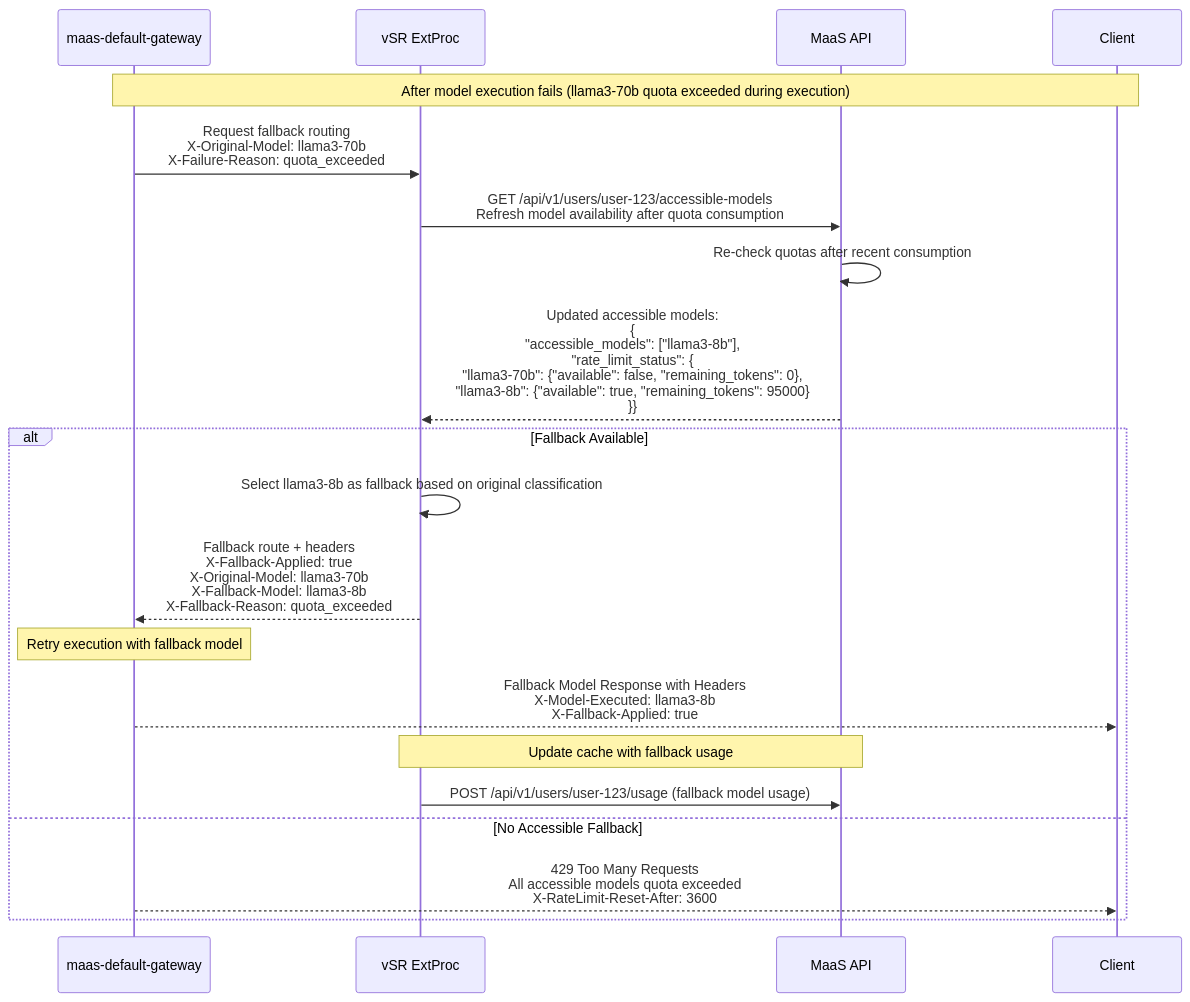
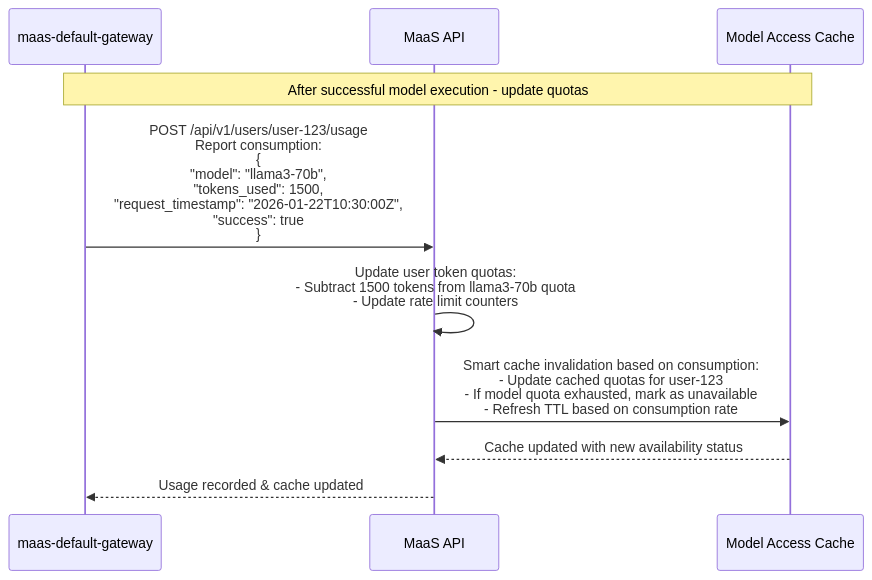
The ninth of 10 diagrams in docs/designs/vSR-Integration/README.md (noyitz/maas-billing), drawn with Mermaid before and after one commit. The commit also changed other lines of this file, not shown here.

````diff
--- a/docs/designs/vSR-Integration/README.md
+++ b/docs/designs/vSR-Integration/README.md
@@ -359,27 +386,16 @@
 ```mermaid
 sequenceDiagram
     participant Gateway as maas-default-gateway
-    participant vSR as vSR ExtProc
     participant MaaSAPI as MaaS API
-    participant Client
+    participant Cache as Model Access Cache
     
-    Note over Gateway,Client: After model execution fails (llama3-70b quota exceeded during execution)
-    Gateway->>vSR: Request fallback routing<br/>X-Original-Model: llama3-70b<br/>X-Failure-Reason: quota_exceeded
+    Note over Gateway,Cache: After successful model execution - update quotas
+    Gateway->>MaaSAPI: POST /api/v1/users/user-123/usage<br/>Report consumption:<br/>{<br/>"model": "llama3-70b",<br/>"tokens_used": 1500,<br/>"request_timestamp": "2026-01-22T10:30:00Z",<br/>"success": true<br/>}
     
-    vSR->>MaaSAPI: GET /api/v1/users/user-123/accessible-models<br/>Refresh model availability after quota consumption
-    MaaSAPI->>MaaSAPI: Re-check quotas after recent consumption
-    MaaSAPI-->>vSR: Updated accessible models:<br/>{<br/>"accessible_models": ["llama3-8b"],<br/>"rate_limit_status": {<br/>"llama3-70b": {"available": false, "remaining_tokens": 0},<br/>"llama3-8b": {"available": true, "remaining_tokens": 95000}<br/>}}
+    MaaSAPI->>MaaSAPI: Update user token quotas:<br/>- Subtract 1500 tokens from llama3-70b quota<br/>- Update rate limit counters
     
-    alt Fallback Available
-        vSR->>vSR: Select llama3-8b as fallback based on original classification
-        vSR-->>Gateway: Fallback route + headers<br/>X-Fallback-Applied: true<br/>X-Original-Model: llama3-70b<br/>X-Fallback-Model: llama3-8b<br/>X-Fallback-Reason: quota_exceeded
-        
-        Note over Gateway: Retry execution with fallback model
-        Gateway-->>Client: Fallback Model Response with Headers<br/>X-Model-Executed: llama3-8b<br/>X-Fallback-Applied: true
-        
-        Note over vSR,MaaSAPI: Update cache with fallback usage
-        vSR->>MaaSAPI: POST /api/v1/users/user-123/usage (fallback model usage)
-    else No Accessible Fallback
-        Gateway-->>Client: 429 Too Many Requests<br/>All accessible models quota exceeded<br/>X-RateLimit-Reset-After: 3600
-    end
+    MaaSAPI->>Cache: Smart cache invalidation based on consumption:<br/>- Update cached quotas for user-123<br/>- If model quota exhausted, mark as unavailable<br/>- Refresh TTL based on consumption rate
+    
+    Cache-->>MaaSAPI: Cache updated with new availability status
+    MaaSAPI-->>Gateway: Usage recorded & cache updated
 ```
````
